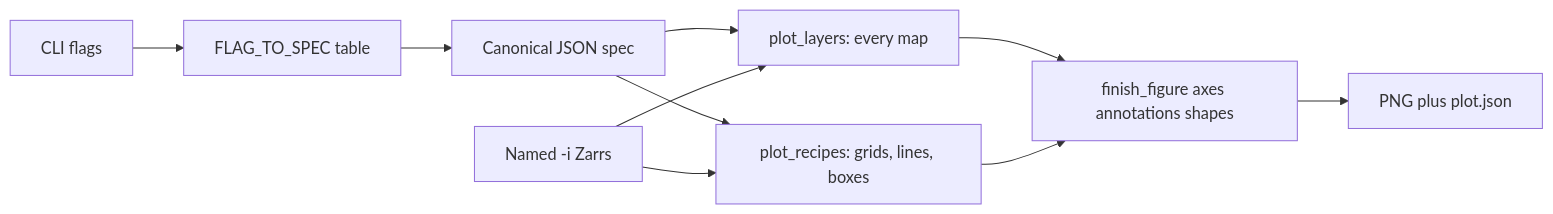
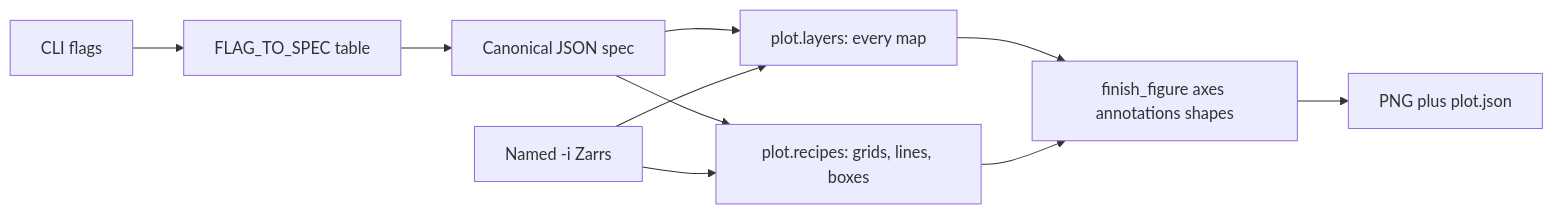
The diagram in docs/plotting.md (rhiza-research/weather-skills), drawn with Mermaid before and after one commit. The commit also changed other lines of this file and 16 other files, not shown here.

````diff
--- a/docs/plotting.md
+++ b/docs/plotting.md
@@ -8,21 +8,21 @@
 ```mermaid
 flowchart LR
   CLI[CLI flags]
   Table[FLAG_TO_SPEC table]
   Spec[Canonical JSON spec]
   Data["Named -i Zarrs"]
-  MapRenderer[plot_layers: every map]
-  Recipes[plot_recipes: grids, lines, boxes]
+  MapRenderer[plot.layers: every map]
+  Recipes[plot.recipes: grids, lines, boxes]
   Finish[finish_figure axes annotations shapes]
   PNG[PNG plus plot.json]
 
   CLI --> Table
   Table --> Spec
   Spec --> MapRenderer
   Spec --> Recipes
   Data --> MapRenderer
   Data --> Recipes
   MapRenderer --> Finish
   Recipes --> Finish
   Finish --> PNG
 ```
````
